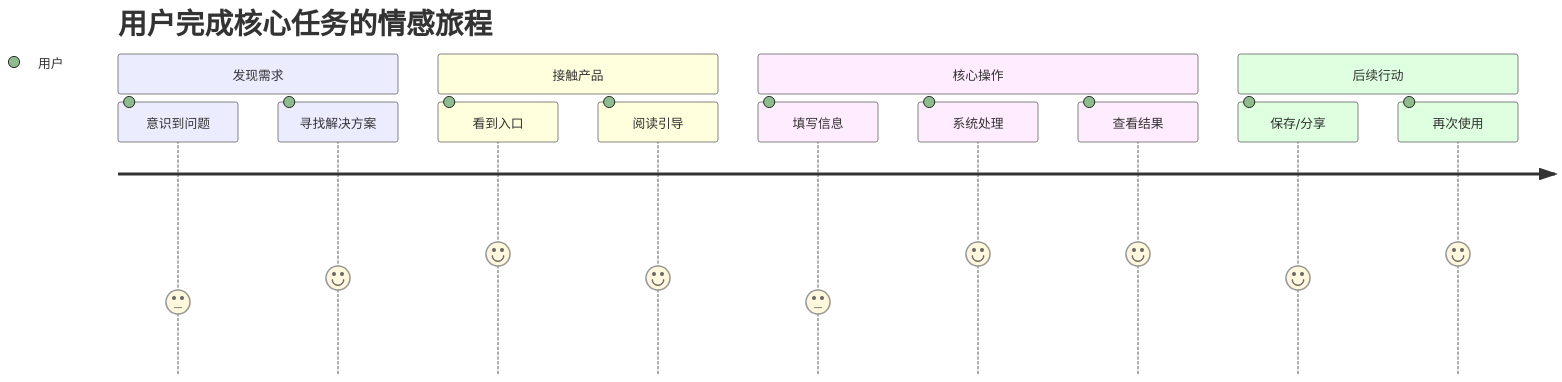
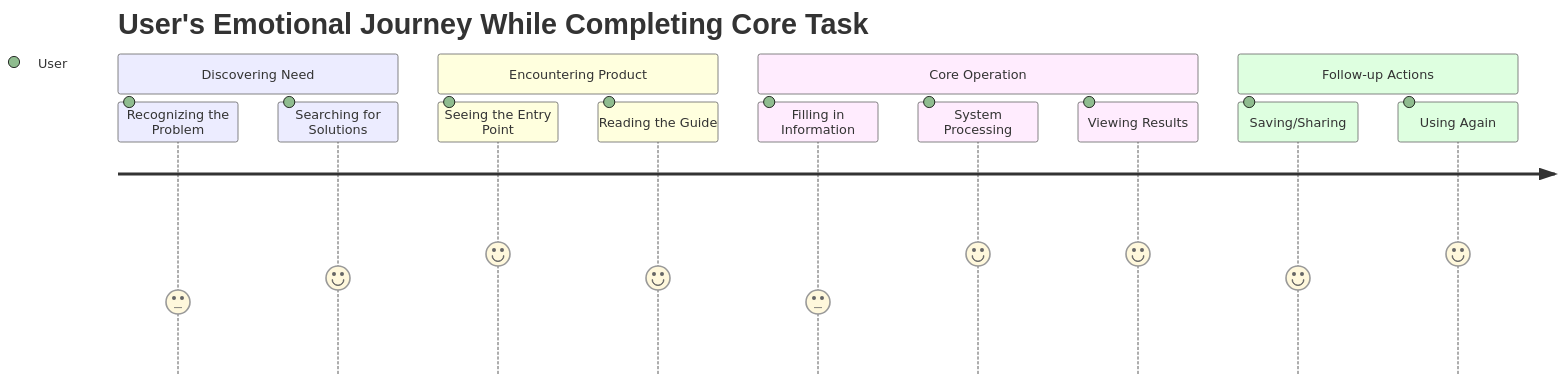
One commit to Kirky-X/cangjie changed the second of 12 diagrams in templates/产品/产品层/【模板】产品需求文档.md. Above: the diagram before and after it, drawn with Mermaid. The commit also changed other lines of this file and 46 other files, not shown here.

````diff
--- a/templates/产品/产品层/【模板】产品需求文档.md
+++ b/templates/产品/产品层/【模板】产品需求文档.md
@@ -110,17 +110,17 @@
 ```mermaid
 journey
-    title 用户完成核心任务的情感旅程
-    section 发现需求
-      意识到问题: 3: 用户
-      寻找解决方案: 4: 用户
-    section 接触产品
-      看到入口: 5: 用户
-      阅读引导: 4: 用户
-    section 核心操作
-      填写信息: 3: 用户
-      系统处理: 5: 用户
-      查看结果: 5: 用户
-    section 后续行动
-      保存/分享: 4: 用户
-      再次使用: 5: 用户
+    title User's Emotional Journey While Completing Core Task
+    section Discovering Need
+      Recognizing the Problem: 3: User
+      Searching for Solutions: 4: User
+    section Encountering Product
+      Seeing the Entry Point: 5: User
+      Reading the Guide: 4: User
+    section Core Operation
+      Filling in Information: 3: User
+      System Processing: 5: User
+      Viewing Results: 5: User
+    section Follow-up Actions
+      Saving/Sharing: 4: User
+      Using Again: 5: User
 ```
````
